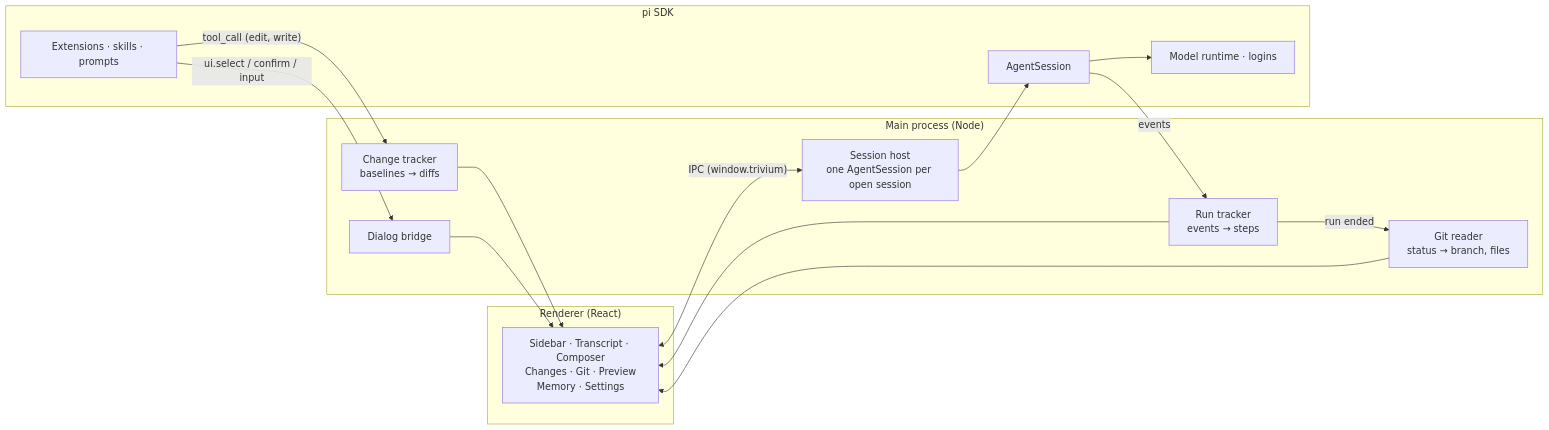
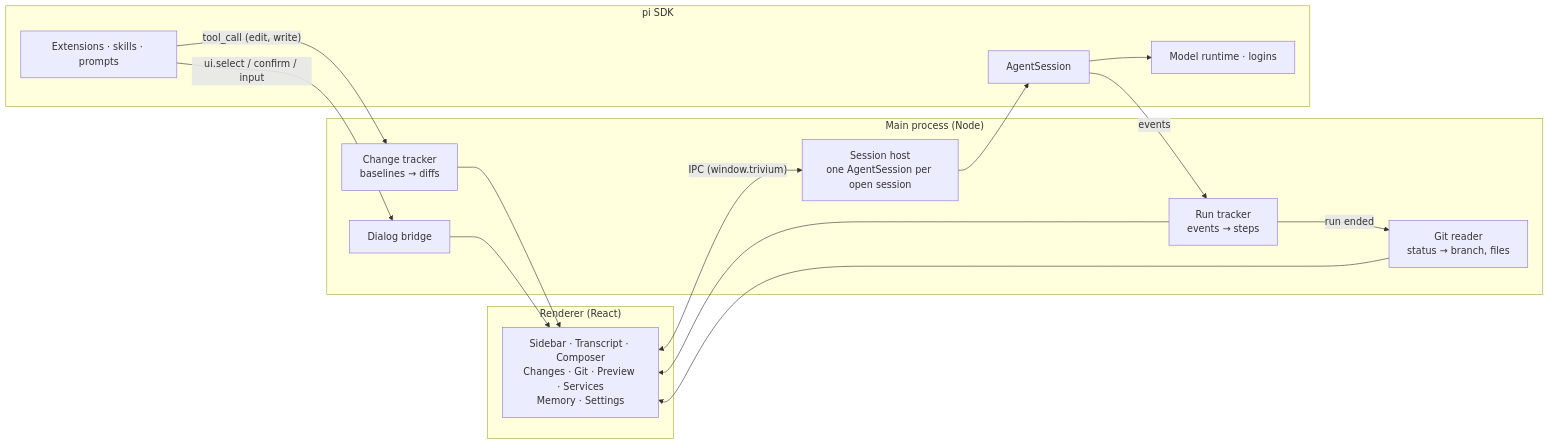
Before and after one commit to SkarnerV/Trivium: the diagram in README.md, drawn with Mermaid. The commit also changed other lines of this file and 17 other files, not shown here.

````diff
--- a/README.md
+++ b/README.md
@@ -197,25 +198,25 @@
 ```mermaid
 flowchart LR
   subgraph Window["Renderer (React)"]
-    UI["Sidebar · Transcript · Composer<br/>Changes · Git · Preview<br/>Memory · Settings"]
+    UI["Sidebar · Transcript · Composer<br/>Changes · Git · Preview · Services<br/>Memory · Settings"]
   end
   subgraph Main["Main process (Node)"]
     Host["Session host<br/>one AgentSession per open session"]
     Tracker["Run tracker<br/>events → steps"]
     Changes["Change tracker<br/>baselines → diffs"]
     Git["Git reader<br/>status → branch, files"]
     Dialogs["Dialog bridge"]
   end
   subgraph Pi["pi SDK"]
     Session["AgentSession"]
     Ext["Extensions · skills · prompts"]
     Models["Model runtime · logins"]
   end
   UI <-- "IPC (window.trivium)" --> Host
   Host --> Session
   Session -- events --> Tracker --> UI
   Ext -- "tool_call (edit, write)" --> Changes --> UI
   Tracker -- "run ended" --> Git --> UI
   Ext -- "ui.select / confirm / input" --> Dialogs --> UI
   Session --> Models
 ```
````
